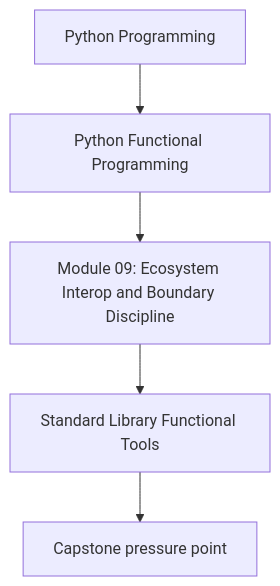
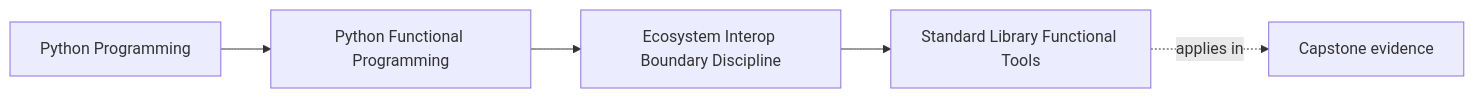
Before and after one commit to bijux/bijux-masterclass: the first of 2 diagrams in programs/python-programming/python-functional-programming/course-book/module-09-ecosystem-interop-boundary-discipline/stdlib-functional-tools.md, drawn with Mermaid. The commit also changed other lines of this file and 108 other files, not shown here.

Commit message:
docs(python-functional-programming): map capstone and advanced design surfaces

````diff
--- a/programs/python-programming/python-functional-programming/course-book/module-09-ecosystem-interop-boundary-discipline/stdlib-functional-tools.md
+++ b/programs/python-programming/python-functional-programming/course-book/module-09-ecosystem-interop-boundary-discipline/stdlib-functional-tools.md
@@ -7,7 +7,11 @@
 ```mermaid
-flowchart TD
-  family["Python Programming"] --> program["Python Functional Programming"]
-  program --> module["Module 09: Ecosystem Interop and Boundary Discipline"]
-  module --> concept["Standard Library Functional Tools"]
-  concept --> capstone["Capstone pressure point"]
+graph LR
+  family["Python Programming"]
+  program["Python Functional Programming"]
+  section["Ecosystem Interop Boundary Discipline"]
+  page["Standard Library Functional Tools"]
+  capstone["Capstone evidence"]
+
+  family --> program --> section --> page
+  page -.applies in.-> capstone
 ```
````
